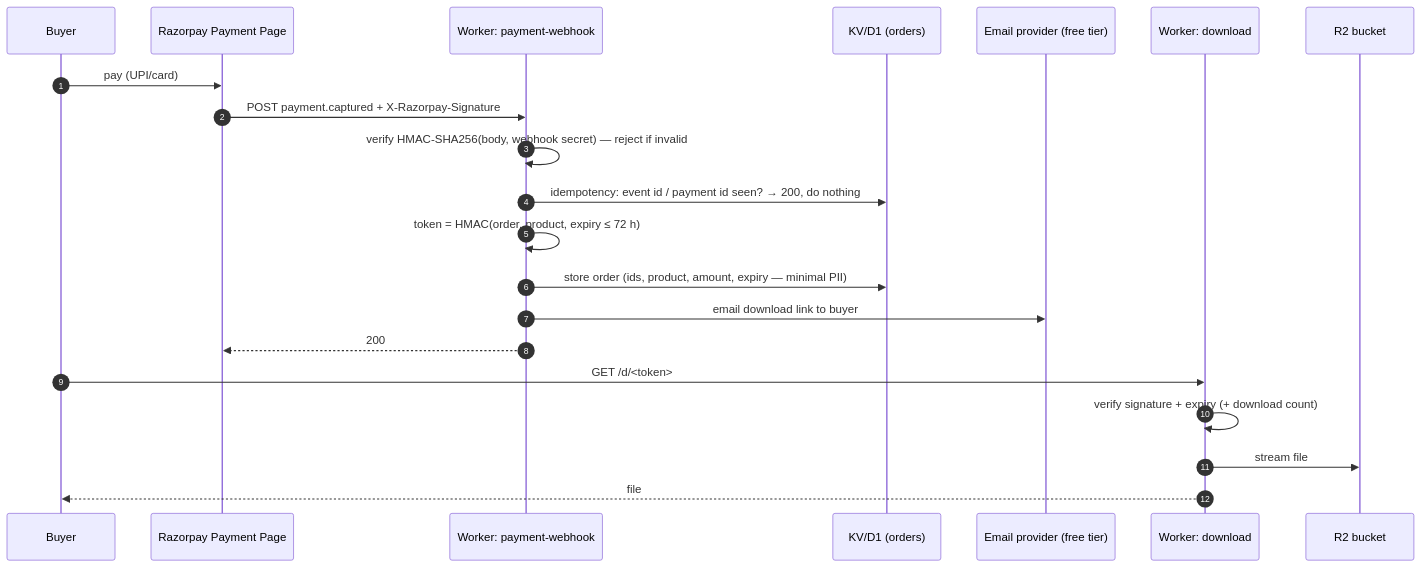
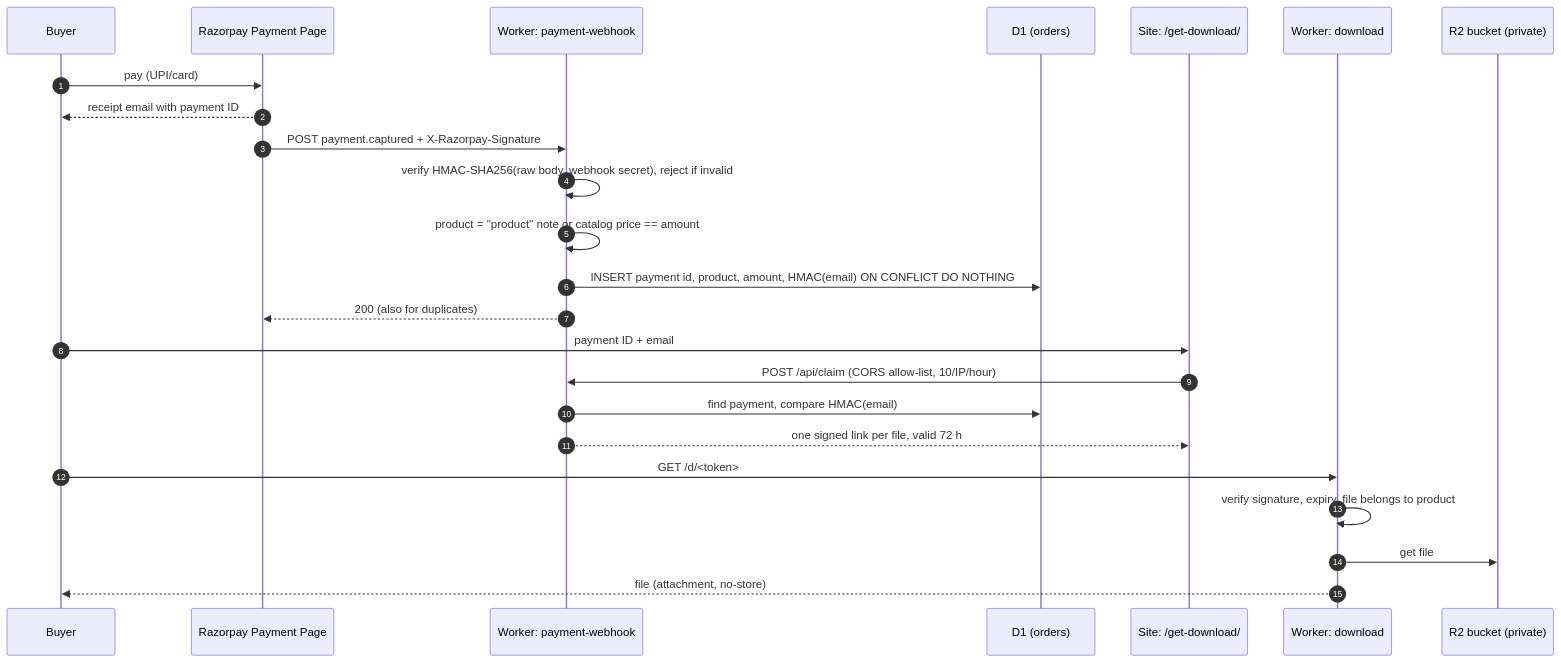
Before and after one commit to asha-116/AI-Tools: the third of 3 diagrams in docs/ARCHITECTURE.md, drawn with Mermaid. The commit also changed other lines of this file and 44 other files, not shown here.

First line of the commit message:
feat(payments): Razorpay webhook, claim page and signed download links (Phase 3 part 1)

````diff
--- a/docs/ARCHITECTURE.md
+++ b/docs/ARCHITECTURE.md
@@ -80,24 +81,27 @@
 ```mermaid
 sequenceDiagram
   autonumber
   participant B as Buyer
   participant RZ as Razorpay Payment Page
   participant WH as Worker: payment-webhook
-  participant KV as KV/D1 (orders)
-  participant E as Email provider (free tier)
+  participant D1 as D1 (orders)
+  participant S as Site: /get-download/
   participant DL as Worker: download
-  participant R2 as R2 bucket
+  participant R2 as R2 bucket (private)
 
   B->>RZ: pay (UPI/card)
+  RZ-->>B: receipt email with payment ID
   RZ->>WH: POST payment.captured + X-Razorpay-Signature
-  WH->>WH: verify HMAC-SHA256(body, webhook secret) — reject if invalid
-  WH->>KV: idempotency: event id / payment id seen? → 200, do nothing
-  WH->>WH: token = HMAC(order, product, expiry ≤ 72 h)
-  WH->>KV: store order (ids, product, amount, expiry — minimal PII)
-  WH->>E: email download link to buyer
-  WH-->>RZ: 200
+  WH->>WH: verify HMAC-SHA256(raw body, webhook secret), reject if invalid
+  WH->>WH: product = "product" note or catalog price == amount
+  WH->>D1: INSERT payment id, product, amount, HMAC(email) ON CONFLICT DO NOTHING
+  WH-->>RZ: 200 (also for duplicates)
+  B->>S: payment ID + email
+  S->>WH: POST /api/claim (CORS allow-list, 10/IP/hour)
+  WH->>D1: find payment, compare HMAC(email)
+  WH-->>S: one signed link per file, valid 72 h
   B->>DL: GET /d/<token>
-  DL->>DL: verify signature + expiry (+ download count)
-  DL->>R2: stream file
-  DL-->>B: file
+  DL->>DL: verify signature, expiry, file belongs to product
+  DL->>R2: get file
+  DL-->>B: file (attachment, no-store)
 ```
````
